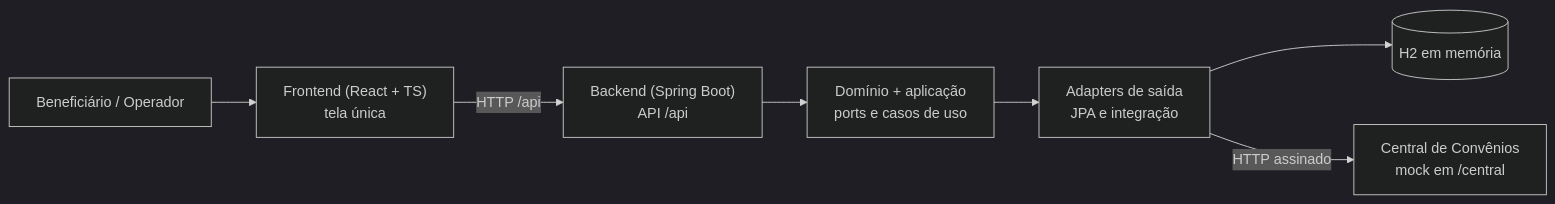
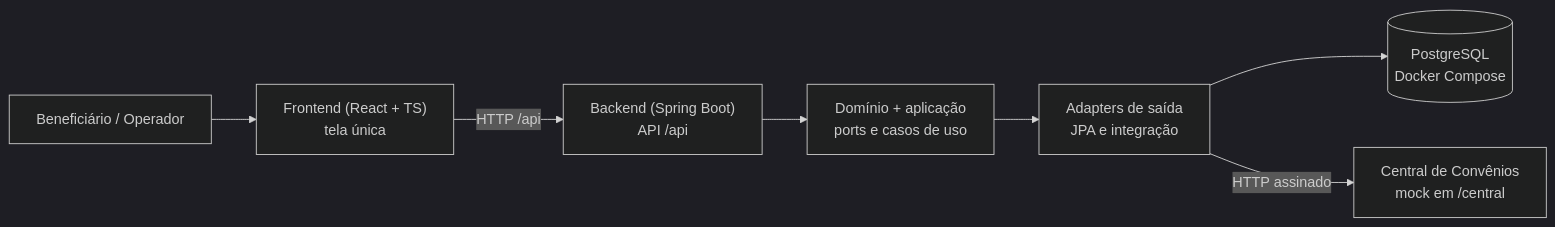
The first of 3 diagrams in docs/hld.md (brenda-martins/portability-platform), drawn with Mermaid (dark theme) before and after one commit. The commit also changed other lines of this file and 21 other files, not shown here.

First line of the commit message:
Add local PostgreSQL and connect the UI to the API

````diff
--- a/docs/hld.md
+++ b/docs/hld.md
@@ -11,17 +11,17 @@
 ```mermaid
 flowchart LR
     Beneficiario["Beneficiário / Operador"]
     UI["Frontend (React + TS)<br/>tela única"]
     API["Backend (Spring Boot)<br/>API /api"]
     Domain["Domínio + aplicação<br/>ports e casos de uso"]
     Adapters["Adapters de saída<br/>JPA e integração"]
-    DB[("H2 em memória")]
+    DB[("PostgreSQL<br/>Docker Compose")]
     Central["Central de Convênios<br/>mock em /central"]
 
     Beneficiario --> UI
     UI -->|"HTTP /api"| API
     API --> Domain
     Domain --> Adapters
     Adapters --> DB
     Adapters -->|"HTTP assinado"| Central
 ```
````
